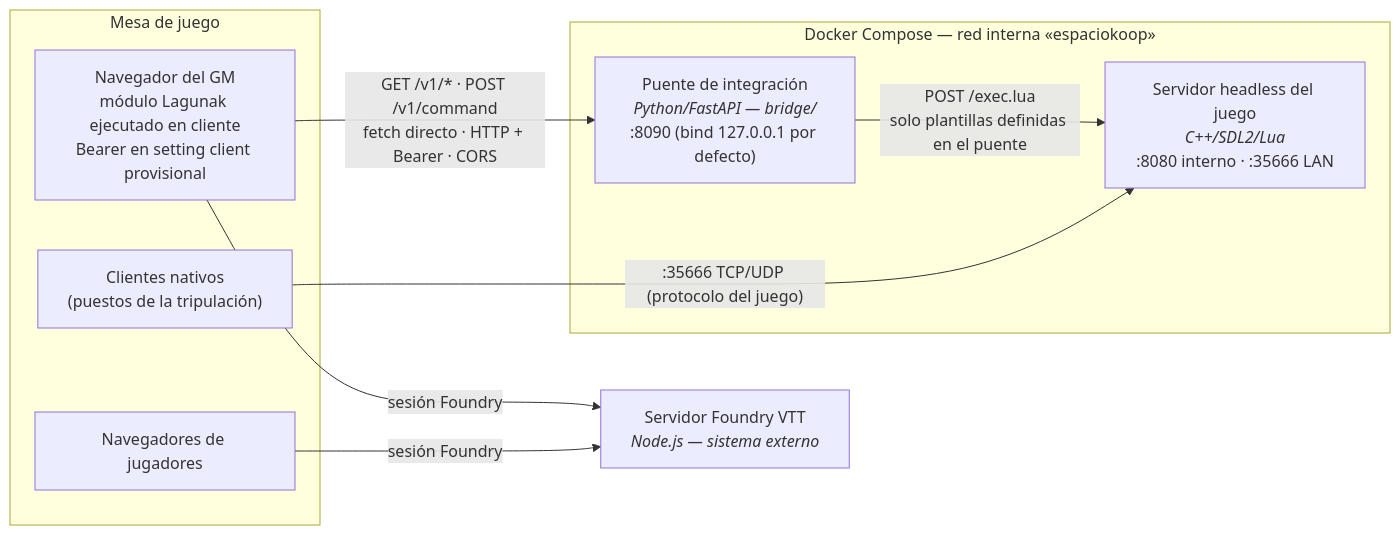
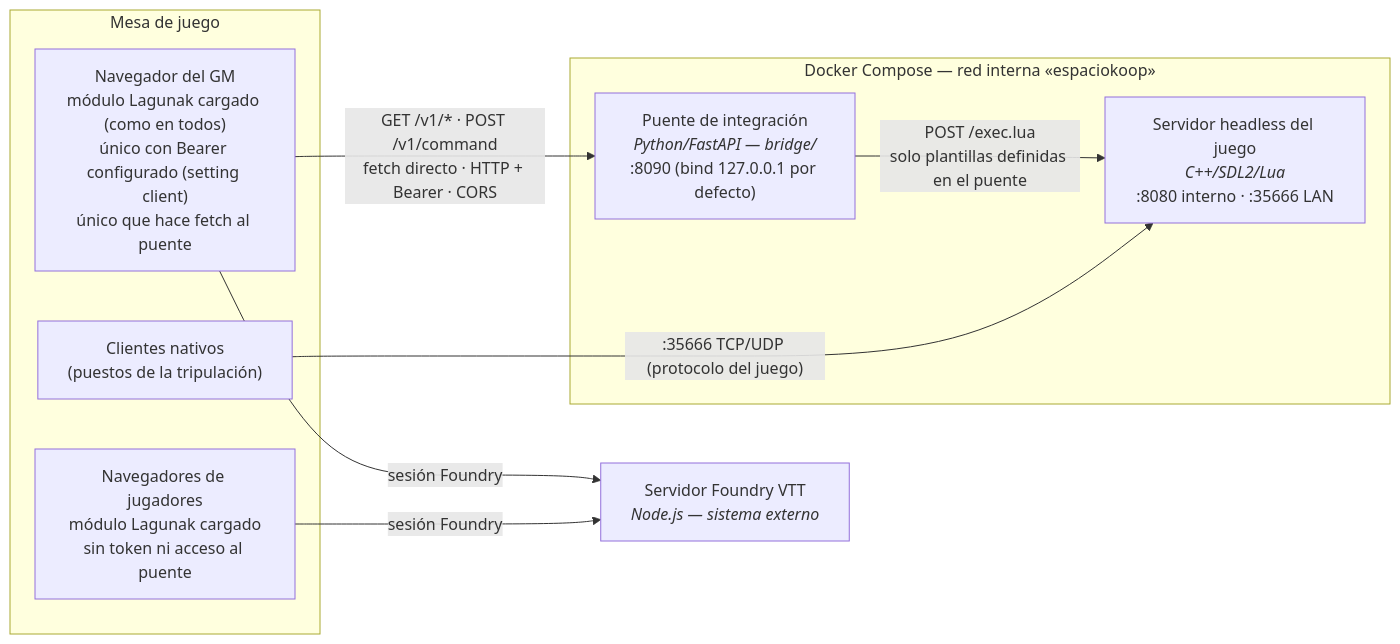
One commit to EspacioKoop/espaciokooplagunak changed the second of 4 diagrams in docs/ARQUITECTURA.md. Above: the diagram before and after it, drawn with Mermaid. The commit also changed other lines of this file and 1 other file, not shown here.

Commit message:
docs(arquitectura): el módulo se carga en todos los navegadores
La frontera real no es dónde vive el módulo (Foundry sirve los
esmodules a todos los clientes conectados) sino que solo el navegador
del GM tiene el token configurado y habla con el puente. Reformula las
etiquetas del nivel 2 en Mermaid y draw.io para reflejarlo; los niveles
3 y 4 siguen describiendo la mitad del módulo que llama al puente.

````diff
--- a/docs/ARQUITECTURA.md
+++ b/docs/ARQUITECTURA.md
@@ -47,19 +47,19 @@
 ```mermaid
 flowchart LR
     subgraph clientes["Mesa de juego"]
-        gmweb["Navegador del GM<br/>módulo Lagunak ejecutado en cliente<br/>Bearer en setting client provisional"]
-        players["Navegadores de jugadores"]
+        gmweb["Navegador del GM<br/>módulo Lagunak cargado (como en todos)<br/>único con Bearer configurado (setting client)<br/>único que hace fetch al puente"]
+        players["Navegadores de jugadores<br/>módulo Lagunak cargado<br/>sin token ni acceso al puente"]
         native["Clientes nativos<br/>(puestos de la tripulación)"]
     end
     foundry["Servidor Foundry VTT<br/><i>Node.js — sistema externo</i>"]
     subgraph compose["Docker Compose — red interna «espaciokoop»"]
         bridge["Puente de integración<br/><i>Python/FastAPI — bridge/</i><br/>:8090 (bind 127.0.0.1 por defecto)"]
         game["Servidor headless del juego<br/><i>C++/SDL2/Lua</i><br/>:8080 interno · :35666 LAN"]
     end
 
     gmweb -->|"sesión Foundry"| foundry
     players -->|"sesión Foundry"| foundry
     gmweb -->|"GET /v1/* · POST /v1/command<br/>fetch directo · HTTP + Bearer · CORS"| bridge
     bridge -->|"POST /exec.lua<br/>solo plantillas definidas en el puente"| game
     native -->|":35666 TCP/UDP (protocolo del juego)"| game
 ```
````
